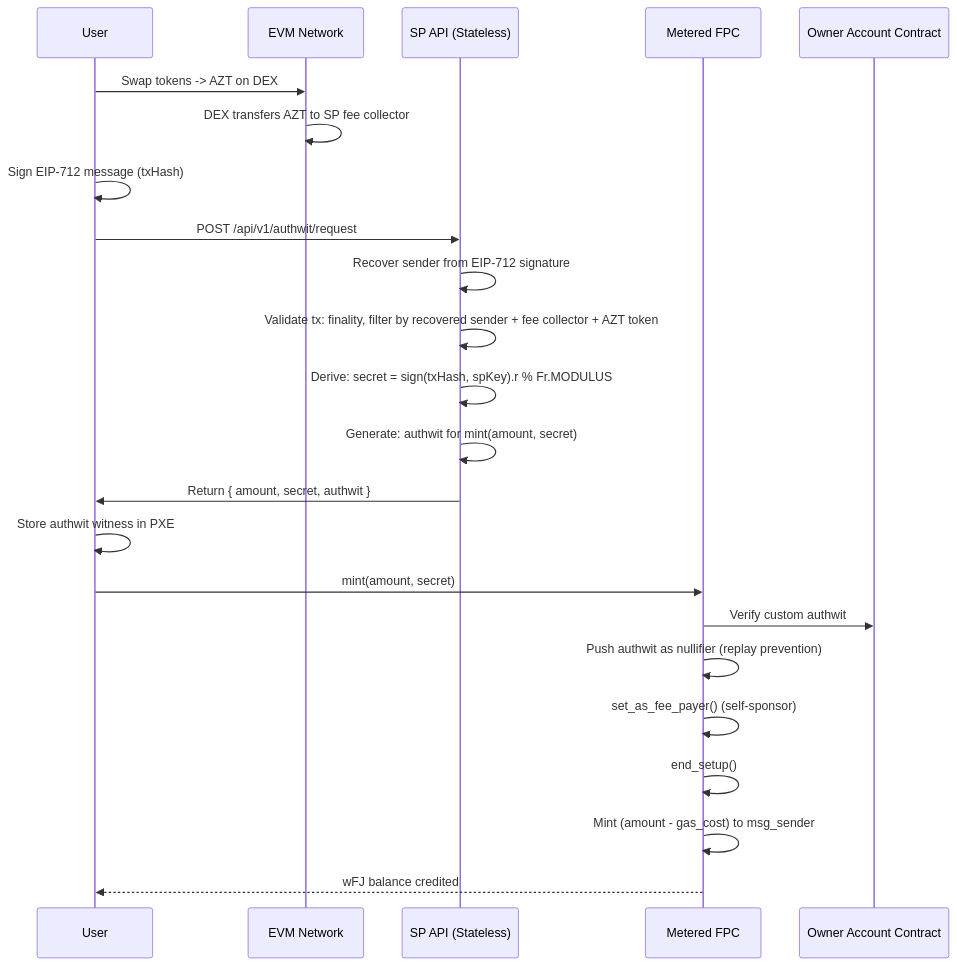
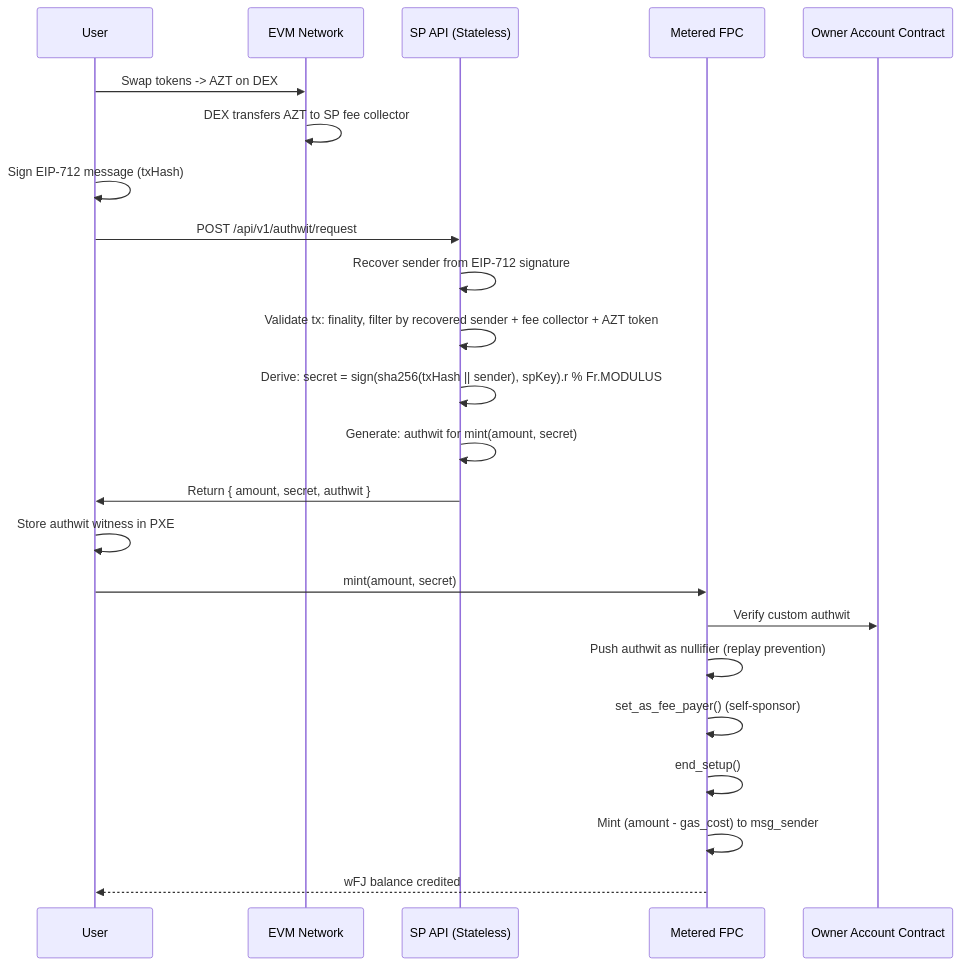
The third of 3 diagrams in docs/Fee Payment Contract (FPC) — Product Requirements.md (defi-wonderland/aztec-fee-payment), drawn with Mermaid before and after one commit. The commit also changed other lines of this file and 3 other files, not shown here.

Commit message:
feat: add sender to secret generation

````diff
--- a/docs/Fee Payment Contract (FPC) — Product Requirements.md
+++ b/docs/Fee Payment Contract (FPC) — Product Requirements.md
@@ -520,28 +521,28 @@
 ```mermaid
 sequenceDiagram
     participant User
     participant EVM as EVM Network
     participant API as SP API (Stateless)
     participant FPC as Metered FPC
     participant OAC as Owner Account Contract
 
     User->>EVM: Swap tokens -> AZT on DEX
     EVM->>EVM: DEX transfers AZT to SP fee collector
     User->>User: Sign EIP-712 message (txHash)
     User->>API: POST /api/v1/authwit/request
 
     API->>API: Recover sender from EIP-712 signature
     API->>API: Validate tx: finality, filter by recovered sender + fee collector + AZT token
-    API->>API: Derive: secret = sign(txHash, spKey).r % Fr.MODULUS
+    API->>API: Derive: secret = sign(sha256(txHash || sender), spKey).r % Fr.MODULUS
     API->>API: Generate: authwit for mint(amount, secret)
     API->>User: Return { amount, secret, authwit }
 
     User->>User: Store authwit witness in PXE
     User->>FPC: mint(amount, secret)
     FPC->>OAC: Verify custom authwit
     FPC->>FPC: Push authwit as nullifier (replay prevention)
     FPC->>FPC: set_as_fee_payer() (self-sponsor)
     FPC->>FPC: end_setup()
     FPC->>FPC: Mint (amount - gas_cost) to msg_sender
     FPC-->>User: wFJ balance credited
 ```
````
